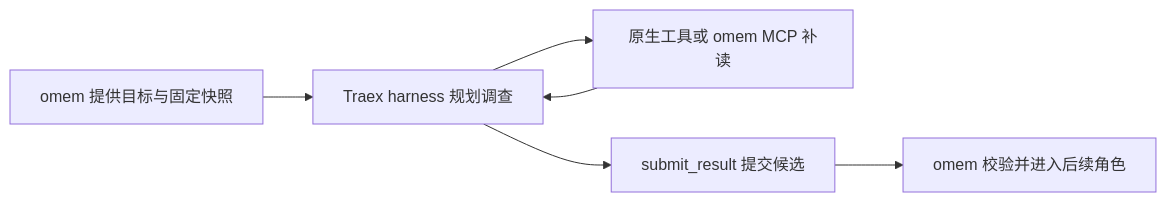
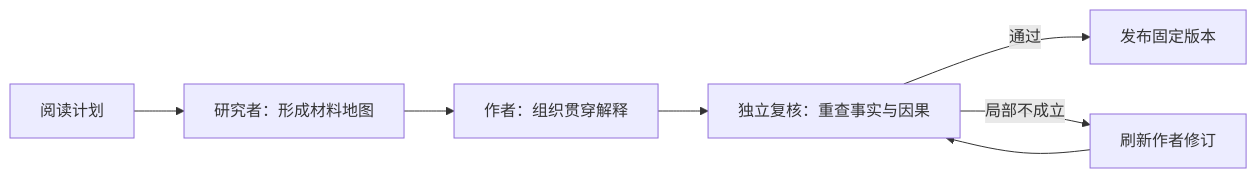
One commit to lejunyang/omem changed the diagram in .repo-review/knowledge/articles/8a78e7c7634bdf870e9fc4ddcb0670e345ae0a629b2af3c08bd864ef0f1482aa.md. Above: the diagram before and after it, drawn with Mermaid. The commit also changed other lines of this file and 10 other files, not shown here.

````diff
--- a/.repo-review/knowledge/articles/8a78e7c7634bdf870e9fc4ddcb0670e345ae0a629b2af3c08bd864ef0f1482aa.md
+++ b/.repo-review/knowledge/articles/8a78e7c7634bdf870e9fc4ddcb0670e345ae0a629b2af3c08bd864ef0f1482aa.md
@@ -30,8 +48,9 @@
 ```mermaid
 flowchart LR
-  A[omem 提供目标与固定快照] --> B[Traex harness 规划调查]
-  B --> C[原生工具或 omem MCP 补读]
-  C --> B
-  B --> D[submit_result 提交候选]
-  D --> E[omem 校验并进入后续角色]
+  B[阅读计划] --> R[研究者：形成材料地图]
+  R --> W[作者：组织贯穿解释]
+  W --> V[独立复核：重查事实与因果]
+  V -->|通过| P[发布固定版本]
+  V -->|局部不成立| F[刷新作者修订]
+  F --> V
 ```
````
